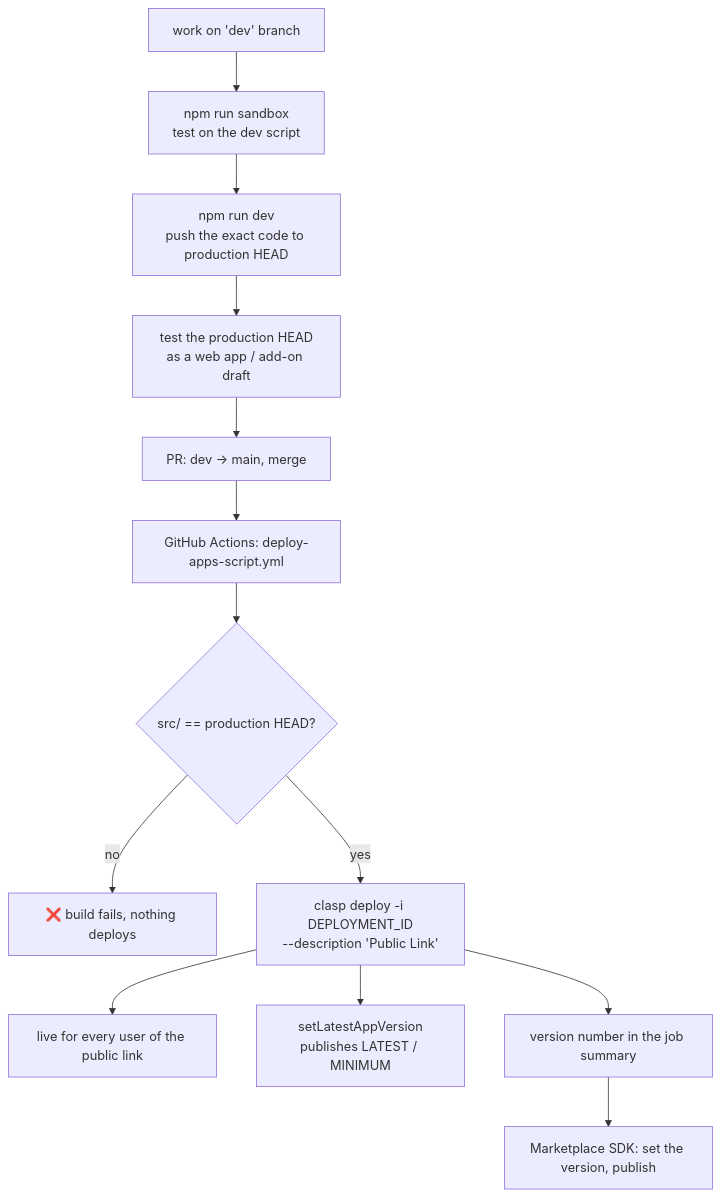
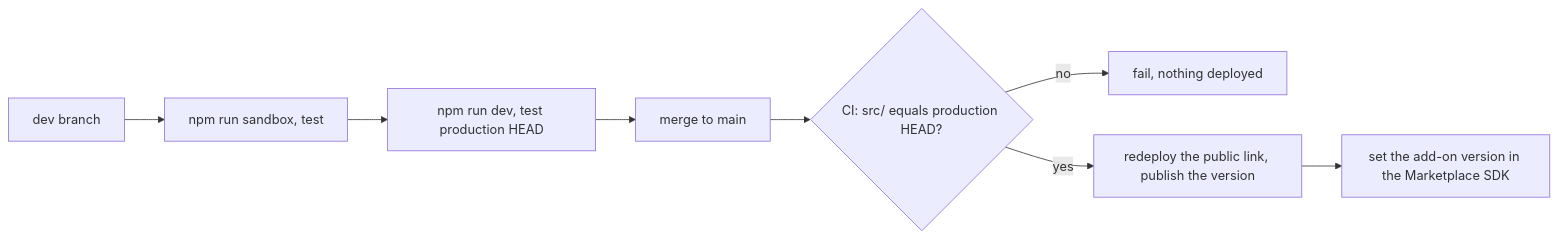
One commit to Bisse123/The-Tower-App-Script changed the diagram in documentation/07-deployment.md. Above: the diagram before and after it, drawn with Mermaid. The commit also changed other lines of this file and 14 other files, not shown here.

````diff
--- a/documentation/07-deployment.md
+++ b/documentation/07-deployment.md
@@ -185,15 +62,10 @@
 ```mermaid
-flowchart TB
-    A["work on 'dev' branch"] --> B["npm run sandbox<br/>test on the dev script"]
-    B --> C["npm run dev<br/>push the exact code to production HEAD"]
-    C --> D["test the production HEAD<br/>as a web app / add-on draft"]
-    D --> E["PR: dev → main, merge"]
-    E --> F["GitHub Actions: deploy-apps-script.yml"]
-    F --> G{"src/ == production HEAD?"}
-    G -->|"no"| H["❌ build fails, nothing deploys"]
-    G -->|"yes"| I["clasp deploy -i DEPLOYMENT_ID<br/>--description 'Public Link'"]
-    I --> J["live for every user of the public link"]
-    I --> K["setLatestAppVersion<br/>publishes LATEST / MINIMUM"]
-    I --> L["version number in the job summary"]
-    L --> M["Marketplace SDK: set the version, publish"]
+flowchart LR
+    A["dev branch"] --> B["npm run sandbox, test"]
+    B --> C["npm run dev, test production HEAD"]
+    C --> D["merge to main"]
+    D --> E{"CI: src/ equals production HEAD?"}
+    E -->|no| F["fail, nothing deployed"]
+    E -->|yes| G["redeploy the public link, publish the version"]
+    G --> H["set the add-on version in the Marketplace SDK"]
 ```
````
